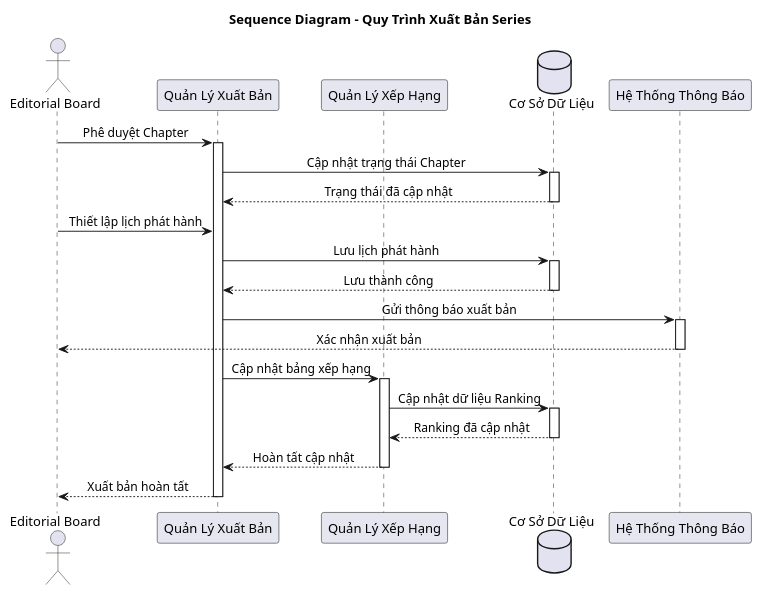
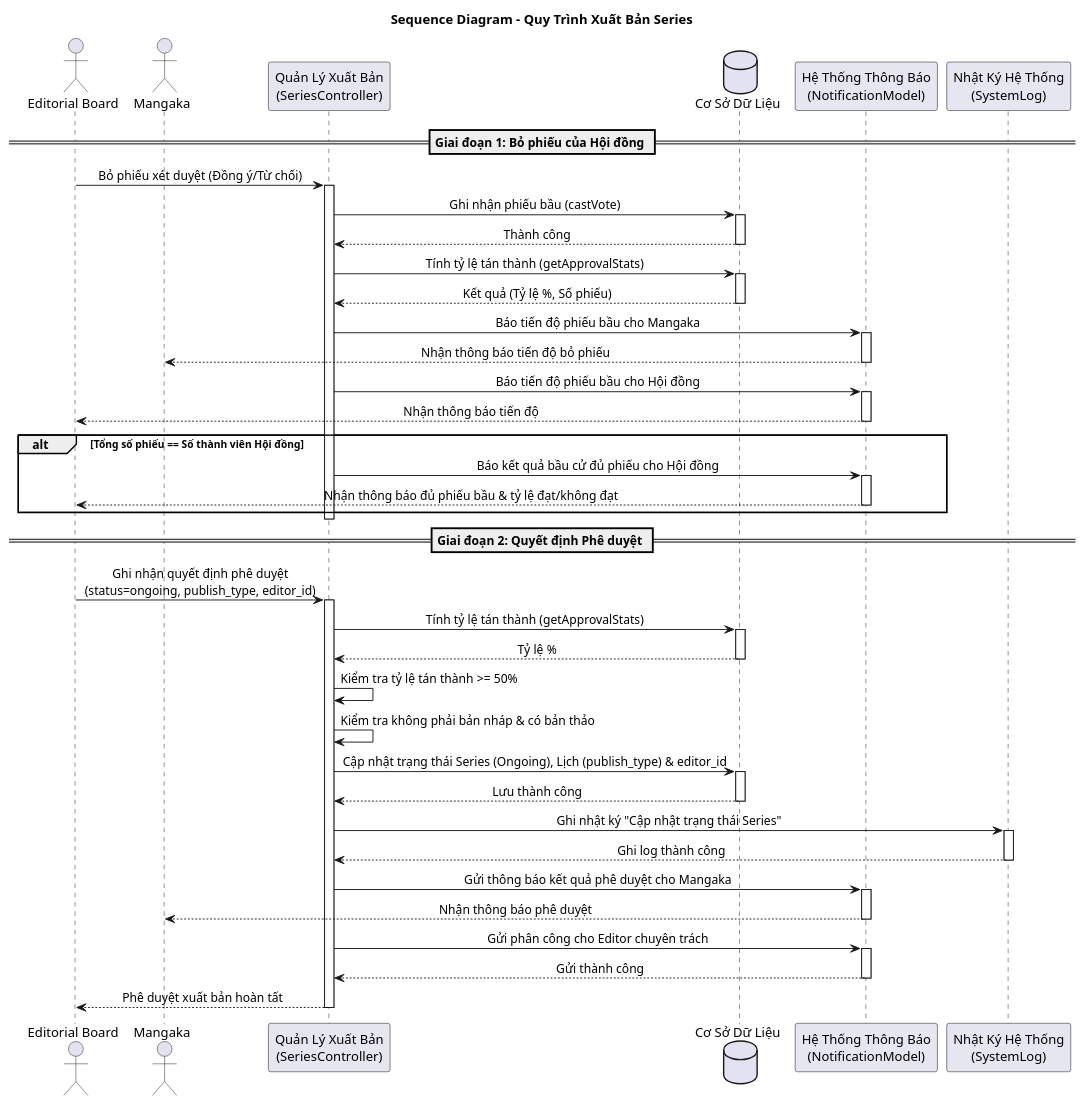
One commit to trongtan0079/manga-workflow-report changed the diagram in UML/sequence_diagram_manga_series_publishing.puml. Above: the diagram before and after it, drawn with PlantUML. The commit also changed 14 other files, not shown here.

Commit message:
docs(uml): cap nhat va them moi cac so do UML nguon (.puml)

```diff
--- a/UML/sequence_diagram_manga_series_publishing.puml
+++ b/UML/sequence_diagram_manga_series_publishing.puml
@@ -1,50 +1,84 @@
 @startuml
 
 skinparam Shadowing false
 skinparam ParticipantBackgroundColor #E6E6F0
 skinparam ParticipantBorderColor Black
 skinparam SequenceMessageAlign center
 
 title Sequence Diagram - Quy Trình Xuất Bản Series
 
 actor "Editorial Board" as Board
-participant "Quản Lý Xuất Bản" as PublishManager
-participant "Quản Lý Xếp Hạng" as RankingManager
+actor "Mangaka" as Mangaka
+participant "Quản Lý Xuất Bản\n(SeriesController)" as PublishManager
 database "Cơ Sở Dữ Liệu" as DB
-participant "Hệ Thống Thông Báo" as Notification
+participant "Hệ Thống Thông Báo\n(NotificationModel)" as Notification
+participant "Nhật Ký Hệ Thống\n(SystemLog)" as SystemLog
 
-Board -> PublishManager : Phê duyệt Chapter
+== Giai đoạn 1: Bỏ phiếu của Hội đồng ==
+Board -> PublishManager : Bỏ phiếu xét duyệt (Đồng ý/Từ chối)
 activate PublishManager
 
-PublishManager -> DB : Cập nhật trạng thái Chapter
+PublishManager -> DB : Ghi nhận phiếu bầu (castVote)
 activate DB
-DB --> PublishManager : Trạng thái đã cập nhật
+DB --> PublishManager : Thành công
 deactivate DB
 
-Board -> PublishManager : Thiết lập lịch phát hành
+PublishManager -> DB : Tính tỷ lệ tán thành (getApprovalStats)
+activate DB
+DB --> PublishManager : Kết quả (Tỷ lệ %, Số phiếu)
+deactivate DB
 
-PublishManager -> DB : Lưu lịch phát hành
+PublishManager -> Notification : Báo tiến độ phiếu bầu cho Mangaka
+activate Notification
+Notification --> Mangaka : Nhận thông báo tiến độ bỏ phiếu
+deactivate Notification
+
+PublishManager -> Notification : Báo tiến độ phiếu bầu cho Hội đồng
+activate Notification
+Notification --> Board : Nhận thông báo tiến độ
+deactivate Notification
+
+alt Tổng số phiếu == Số thành viên Hội đồng
+    PublishManager -> Notification : Báo kết quả bầu cử đủ phiếu cho Hội đồng
+    activate Notification
+    Notification --> Board : Nhận thông báo đủ phiếu bầu & tỷ lệ đạt/không đạt
+    deactivate Notification
+end
+deactivate PublishManager
+
+== Giai đoạn 2: Quyết định Phê duyệt ==
+Board -> PublishManager : Ghi nhận quyết định phê duyệt\n(status=ongoing, publish_type, editor_id)
+activate PublishManager
+
+PublishManager -> DB : Tính tỷ lệ tán thành (getApprovalStats)
+activate DB
+DB --> PublishManager : Tỷ lệ %
+deactivate DB
+
+PublishManager -> PublishManager : Kiểm tra tỷ lệ tán thành >= 50%
+PublishManager -> PublishManager : Kiểm tra không phải bản nháp & có bản thảo
+
+PublishManager -> DB : Cập nhật trạng thái Series (Ongoing), Lịch (publish_type) & editor_id
 activate DB
 DB --> PublishManager : Lưu thành công
 deactivate DB
 
-PublishManager -> Notification : Gửi thông báo xuất bản
+PublishManager -> SystemLog : Ghi nhật ký "Cập nhật trạng thái Series"
+activate SystemLog
+SystemLog --> PublishManager : Ghi log thành công
+deactivate SystemLog
+
+PublishManager -> Notification : Gửi thông báo kết quả phê duyệt cho Mangaka
 activate Notification
-Notification --> Board : Xác nhận xuất bản
+Notification --> Mangaka : Nhận thông báo phê duyệt
 deactivate Notification
 
-PublishManager -> RankingManager : Cập nhật bảng xếp hạng
-activate RankingManager
+PublishManager -> Notification : Gửi phân công cho Editor chuyên trách
+activate Notification
+Notification --> PublishManager : Gửi thành công
+deactivate Notification
 
-RankingManager -> DB : Cập nhật dữ liệu Ranking
-activate DB
-DB --> RankingManager : Ranking đã cập nhật
-deactivate DB
-
-RankingManager --> PublishManager : Hoàn tất cập nhật
-deactivate RankingManager
-
-PublishManager --> Board : Xuất bản hoàn tất
+PublishManager --> Board : Phê duyệt xuất bản hoàn tất
 deactivate PublishManager
 
 @enduml
```
